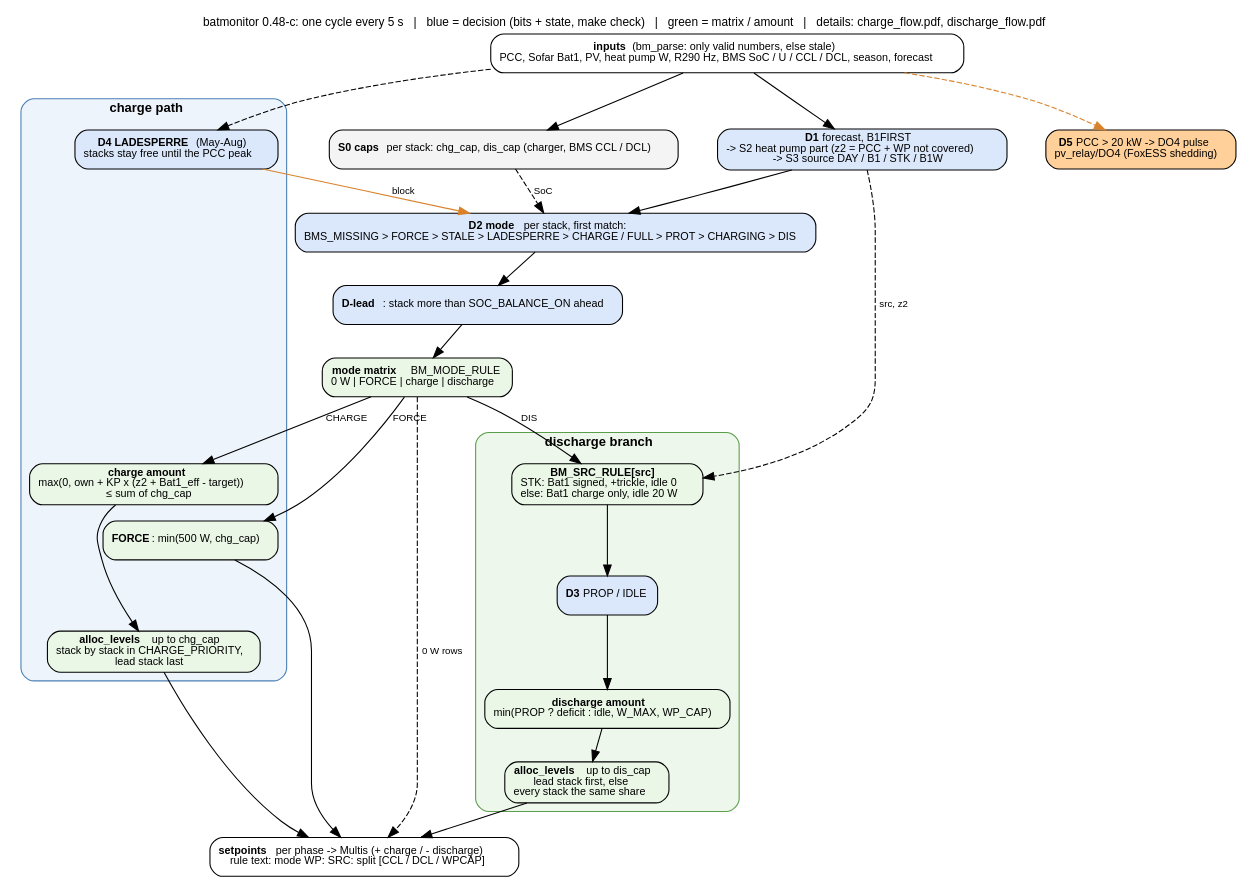
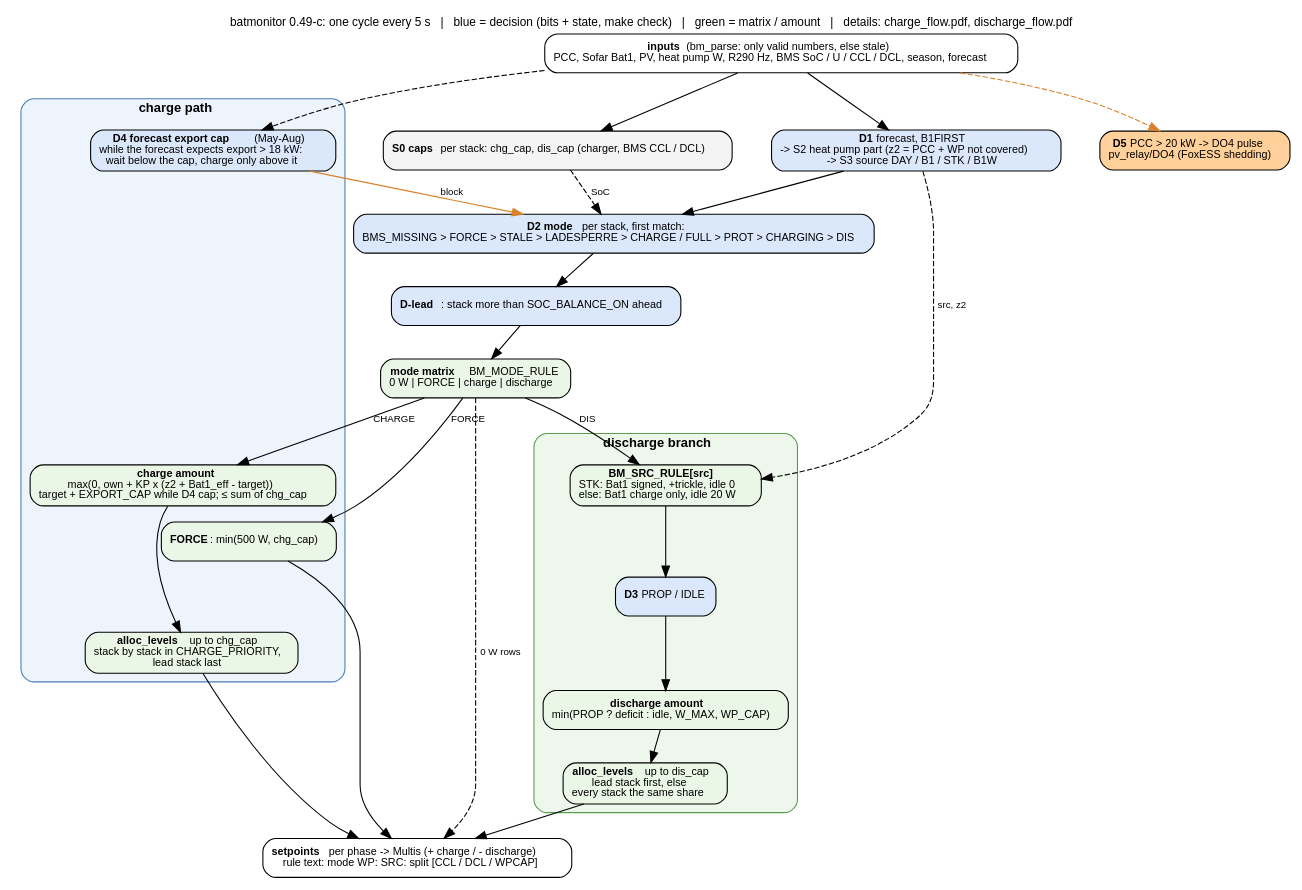
Before and after one commit to gerontec/victron: the diagram in docs/control_flow.dot, drawn with Graphviz. The commit also changed 15 other files, not shown here.

```diff
--- a/docs/control_flow.dot
+++ b/docs/control_flow.dot
@@ -1,54 +1,54 @@
-// batmonitor 0.48-c: overview of one cycle - a common trunk, then one charge path and one discharge branch.
+// batmonitor 0.49-c: overview of one cycle - a common trunk, then one charge path and one discharge branch.
 // Details: charge_flow.pdf (charge path, peak window) and discharge_flow.pdf (discharge matrix, CBMC coverage).
 // render: dot -Tpdf control_flow.dot -o control_flow.pdf   (or -Tpng)
 digraph control {
 	graph [rankdir=TB, fontname="Helvetica", fontsize=11, nodesep=0.5, ranksep=0.4, newrank=true,
-		   label="batmonitor 0.48-c: one cycle every 5 s   |   blue = decision (bits + state, make check)   |   green = matrix / amount   |   details: charge_flow.pdf, discharge_flow.pdf",
+		   label="batmonitor 0.49-c: one cycle every 5 s   |   blue = decision (bits + state, make check)   |   green = matrix / amount   |   details: charge_flow.pdf, discharge_flow.pdf",
 		   labelloc=t];
 	node [shape=box, style="rounded,filled", fillcolor="#f4f4f4", fontname="Helvetica", fontsize=10];
 	edge [fontname="Helvetica", fontsize=9];
 
 	in [label=<<b>inputs</b> (bm_parse: only valid numbers, else stale)<br/>PCC, Sofar Bat1, PV, heat pump W, R290 Hz, BMS SoC / U / CCL / DCL, season, forecast>, fillcolor="#ffffff"];
 	d1 [label=<<b>D1</b> forecast, B1FIRST<br/>-&gt; S2 heat pump part (z2 = PCC + WP not covered)<br/>-&gt; S3 source DAY / B1 / STK / B1W>, fillcolor="#dbe8fb"];
 	gates [label=<<b>S0 caps</b> per stack: chg_cap, dis_cap (charger, BMS CCL / DCL)>];
 	d2 [label=<<b>D2 mode</b> per stack, first match:<br/>BMS_MISSING &gt; FORCE &gt; STALE &gt; LADESPERRE &gt; CHARGE / FULL &gt; PROT &gt; CHARGING &gt; DIS>, fillcolor="#dbe8fb"];
 	lead [label=<<b>D-lead</b>: stack more than SOC_BALANCE_ON ahead>, fillcolor="#dbe8fb"];
 	mode [label=<<b>mode matrix</b> BM_MODE_RULE<br/>0 W | FORCE | charge | discharge>, fillcolor="#eaf6e6", shape=box];
 
 	subgraph cluster_charge {
 		label=<<b>charge path</b>>; style="rounded,filled"; fillcolor="#eef4fb"; color="#4a7fb5"; fontsize=12;
-		d4 [label=<<b>D4 LADESPERRE</b> (May-Aug)<br/>stacks stay free until the PCC peak>, fillcolor="#dbe8fb"];
+		d4 [label=<<b>D4 forecast export cap</b> (May-Aug)<br/>while the forecast expects export &gt; 18 kW:<br/>wait below the cap, charge only above it>, fillcolor="#dbe8fb"];
 		cforce [label=<<b>FORCE</b>: min(500 W, chg_cap)>, fillcolor="#eaf6e6"];
-		camount [label=<<b>charge amount</b><br/>max(0, own + KP x (z2 + Bat1_eff - target))<br/>&le; sum of chg_cap>, fillcolor="#eaf6e6"];
+		camount [label=<<b>charge amount</b><br/>max(0, own + KP x (z2 + Bat1_eff - target))<br/>target + EXPORT_CAP while D4 cap; &le; sum of chg_cap>, fillcolor="#eaf6e6"];
 		csplit [label=<<b>alloc_levels</b> up to chg_cap<br/>stack by stack in CHARGE_PRIORITY,<br/>lead stack last>, fillcolor="#eaf6e6"];
 		camount -> csplit;
 	}
 
 	subgraph cluster_dis {
 		label=<<b>discharge branch</b>>; style="rounded,filled"; fillcolor="#eef7ec"; color="#5a9e4b"; fontsize=12;
 		src [label=<<b>BM_SRC_RULE[src]</b><br/>STK: Bat1 signed, +trickle, idle 0<br/>else: Bat1 charge only, idle 20 W>, fillcolor="#eaf6e6"];
 		d3 [label=<<b>D3</b> PROP / IDLE>, fillcolor="#dbe8fb"];
 		damount [label=<<b>discharge amount</b><br/>min(PROP ? deficit : idle, W_MAX, WP_CAP)>, fillcolor="#eaf6e6"];
 		dsplit [label=<<b>alloc_levels</b> up to dis_cap<br/>lead stack first, else<br/>every stack the same share>, fillcolor="#eaf6e6"];
 		src -> d3 -> damount -> dsplit;
 	}
 
 	d5 [label=<<b>D5</b> PCC &gt; 20 kW -&gt; DO4 pulse<br/>pv_relay/DO4 (FoxESS shedding)>, fillcolor="#ffd09a"];
 	out [label=<<b>setpoints</b> per phase -&gt; Multis (+ charge / - discharge)<br/>rule text: mode WP: SRC: split [CCL / DCL / WPCAP]>, fillcolor="#ffffff"];
 
 	in -> d1 -> d2;
 	in -> gates;
 	gates -> d2 [style=dashed, label=" SoC"];
 	d2 -> lead -> mode;
 	mode -> cforce [label=" FORCE"];
 	mode -> camount [label=" CHARGE"];
 	mode -> src [label=" DIS"];
 	mode -> out [label=" 0 W rows", style=dashed];
 	d4 -> d2 [color="#d9822b", label=" block"];
 	in -> d4 [style=dashed];
 	in -> d5 [style=dashed, color="#d9822b"];
 	d1 -> src [style=dashed, label=" src, z2"];
 	cforce -> out;
 	csplit -> out;
 	dsplit -> out;
 }
```
